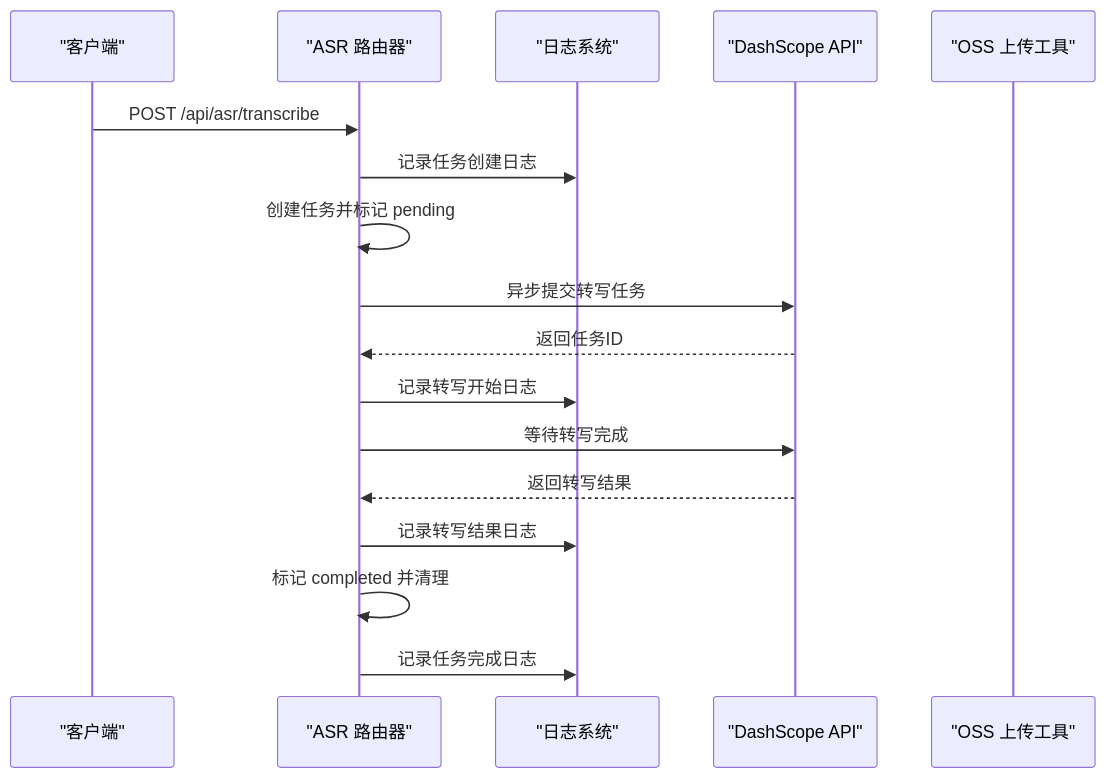
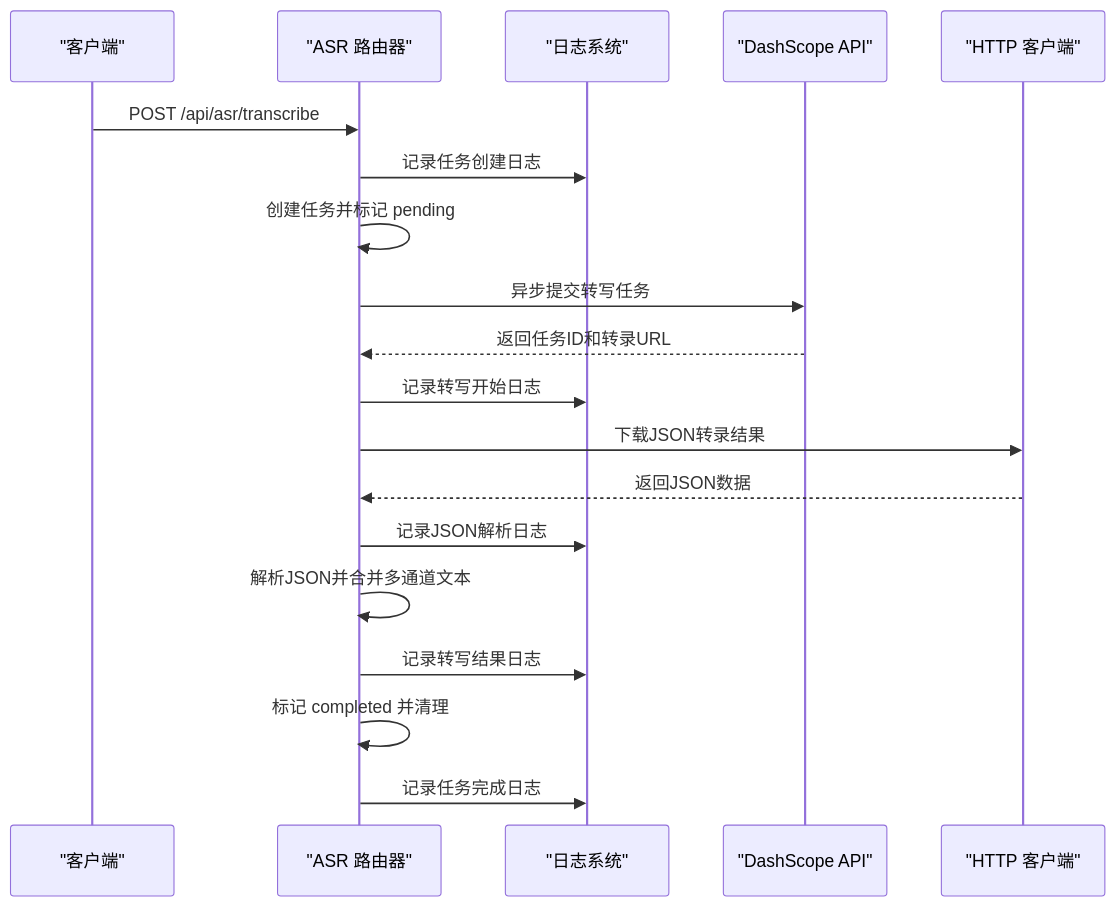
Before and after one commit to hbxfhrg/deer-flow: the second of 6 diagrams in .qoder/repowiki/zh/content/架构设计/核心组件详解/网关 API/语音转文字路由器.md, drawn with Mermaid. The commit also changed other lines of this file and 4 other files, not shown here.

````diff
--- a/.qoder/repowiki/zh/content/架构设计/核心组件详解/网关 API/语音转文字路由器.md
+++ b/.qoder/repowiki/zh/content/架构设计/核心组件详解/网关 API/语音转文字路由器.md
@@ -91,19 +96,21 @@
 ```mermaid
 sequenceDiagram
 participant Client as "客户端"
 participant ASR as "ASR 路由器"
 participant Logger as "日志系统"
 participant DashScope as "DashScope API"
-participant OSS as "OSS 上传工具"
+participant HTTPX as "HTTP 客户端"
 Client->>ASR : POST /api/asr/transcribe
 ASR->>Logger : 记录任务创建日志
 ASR->>ASR : 创建任务并标记 pending
 ASR->>DashScope : 异步提交转写任务
-DashScope-->>ASR : 返回任务ID
+DashScope-->>ASR : 返回任务ID和转录URL
 ASR->>Logger : 记录转写开始日志
-ASR->>DashScope : 等待转写完成
-DashScope-->>ASR : 返回转写结果
+ASR->>HTTPX : 下载JSON转录结果
+HTTPX-->>ASR : 返回JSON数据
+ASR->>Logger : 记录JSON解析日志
+ASR->>ASR : 解析JSON并合并多通道文本
 ASR->>Logger : 记录转写结果日志
 ASR->>ASR : 标记 completed 并清理
 ASR->>Logger : 记录任务完成日志
 ```
````
